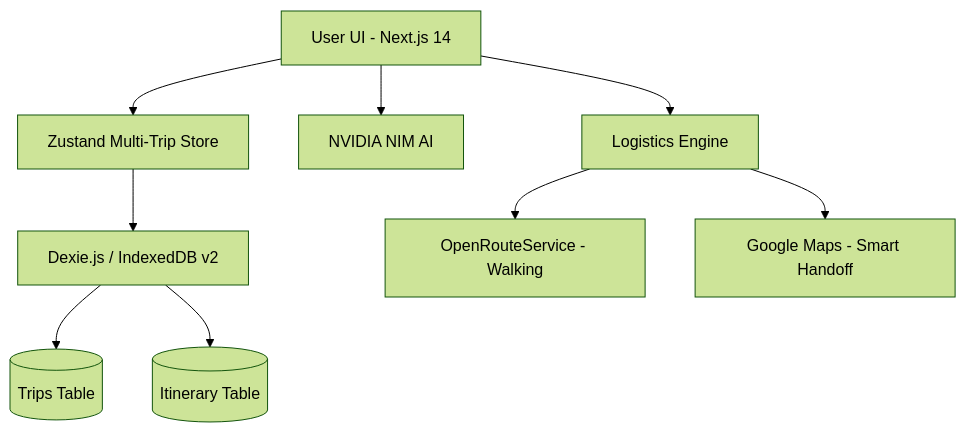
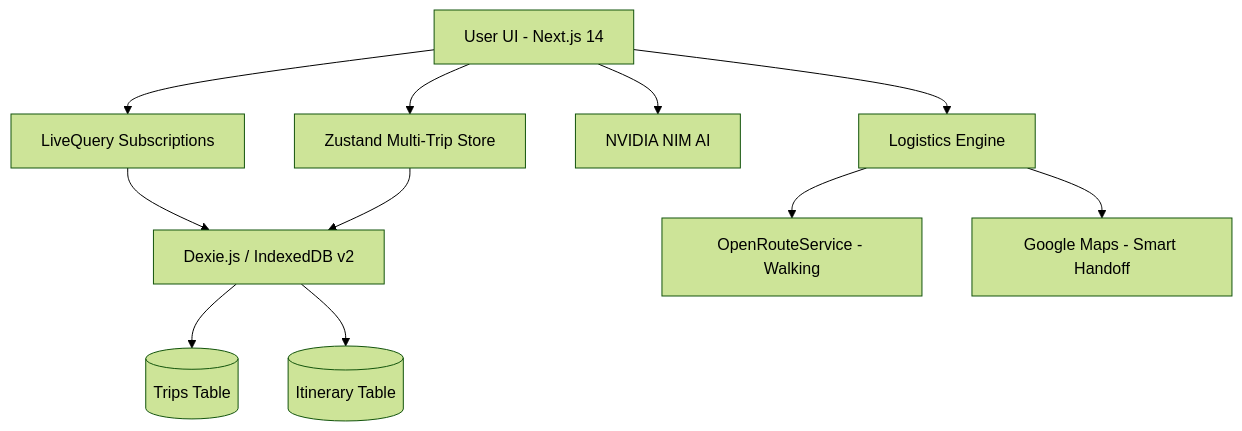
The diagram in README.md (strike007-3000/RouteMate), drawn with Mermaid (forest theme) before and after one commit. The commit also changed other lines of this file and 17 other files, not shown here.

````diff
--- a/README.md
+++ b/README.md
@@ -50,11 +54,13 @@
 ```mermaid
 graph TD
     A[User UI - Next.js 14] --> B[Zustand Multi-Trip Store]
-    B --> C[Dexie.js / IndexedDB v2]
+    A --> J[LiveQuery Subscriptions]
+    J --> C[Dexie.js / IndexedDB v2]
+    B --> C
     C --> D[(Trips Table)]
     C --> E[(Itinerary Table)]
     A --> F[NVIDIA NIM AI]
     A --> G[Logistics Engine]
     G --> H[OpenRouteService - Walking]
     G --> I[Google Maps - Smart Handoff]
 ```
````
